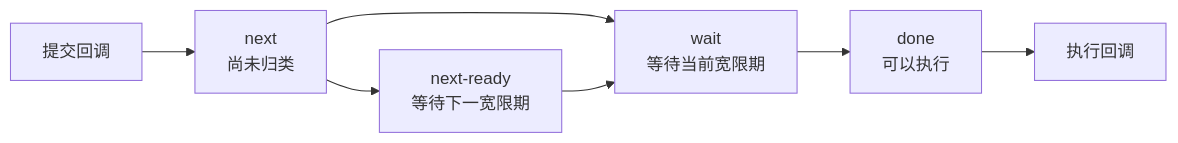
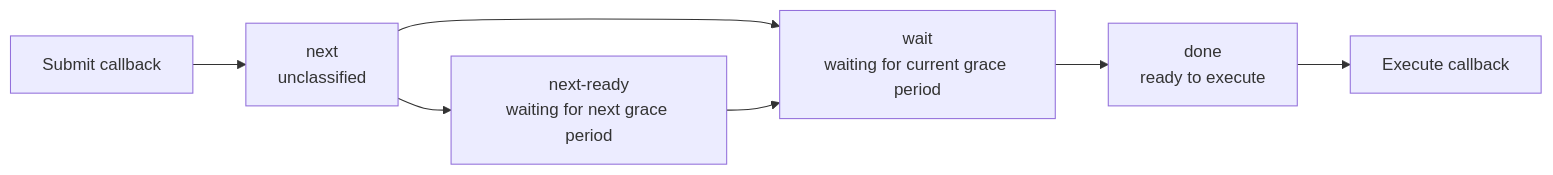
Before and after one commit to DragonOS-Community/DragonOS: the first of 8 diagrams in docs/kernel/rcu/segmented-callback-queues.md, drawn with Mermaid. The commit also changed other lines of this file and 2058 other files, not shown here.

````diff
--- a/docs/kernel/rcu/segmented-callback-queues.md
+++ b/docs/kernel/rcu/segmented-callback-queues.md
@@ -23,9 +23,9 @@
 ```mermaid
 flowchart LR
-    Submit[提交回调] --> Next[next<br/>尚未归类]
-    Next --> Wait[wait<br/>等待当前宽限期]
-    Next --> NextReady[next-ready<br/>等待下一宽限期]
+    Submit[Submit callback] --> Next[next<br/>unclassified]
+    Next --> Wait[wait<br/>waiting for current grace period]
+    Next --> NextReady[next-ready<br/>waiting for next grace period]
     NextReady --> Wait
-    Wait --> Done[done<br/>可以执行]
-    Done --> Run[执行回调]
+    Wait --> Done[done<br/>ready to execute]
+    Done --> Run[Execute callback]
 ```
````
